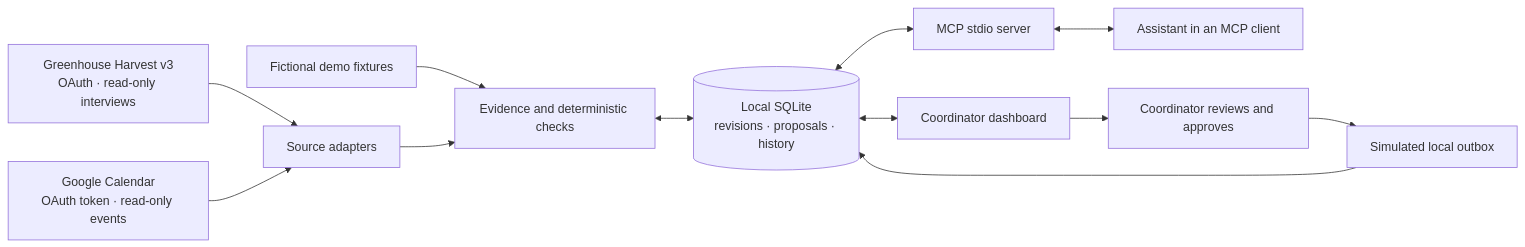
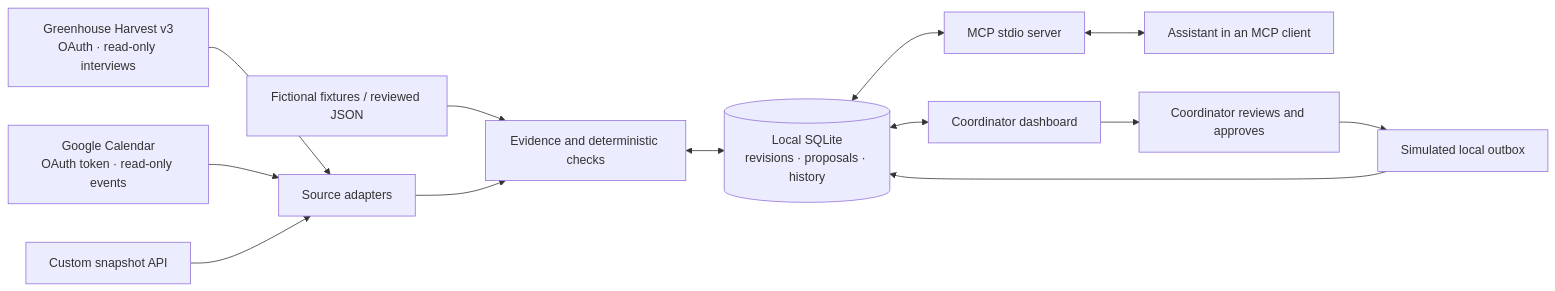
The diagram in README.md (mahekara28/interview-ops-desk), drawn with Mermaid before and after one commit. The commit also changed other lines of this file and 15 other files, not shown here.

````diff
--- a/README.md
+++ b/README.md
@@ -41,14 +55,15 @@
 ```mermaid
 flowchart LR
     GH[Greenhouse Harvest v3\nOAuth · read-only interviews] --> A[Source adapters]
     GC[Google Calendar\nOAuth token · read-only events] --> A
-    F[Fictional demo fixtures] --> E
+    F[Fictional fixtures / reviewed JSON] --> E
+    CUSTOM[Custom snapshot API] --> A
     A --> E[Evidence and deterministic checks]
     E <--> DB[(Local SQLite\nrevisions · proposals · history)]
     DB <--> UI[Coordinator dashboard]
     DB <--> MCP[MCP stdio server]
     MCP <--> HOST[Assistant in an MCP client]
     UI --> REVIEW[Coordinator reviews and approves]
     REVIEW --> OUT[Simulated local outbox]
     OUT --> DB
 ```
````
